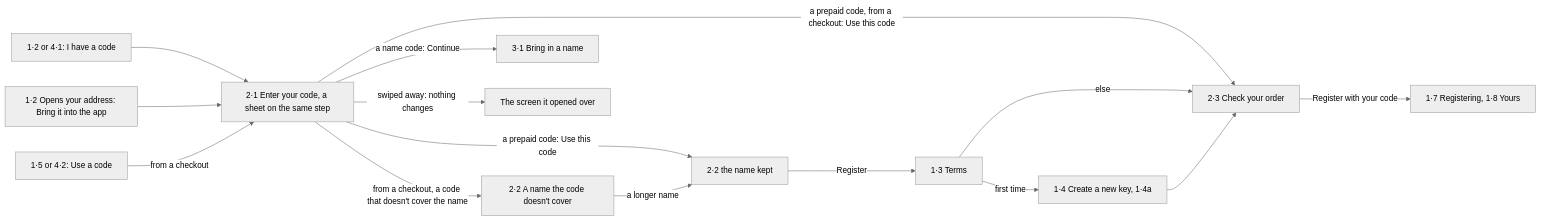
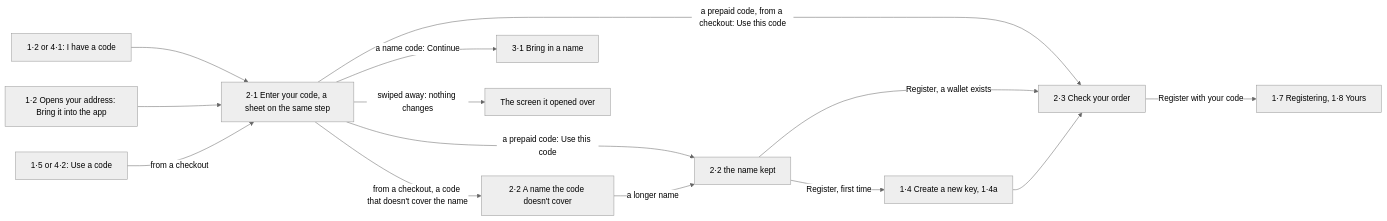
Before and after one commit to simplex-chat/simplex-chat: the eighth of 12 diagrams in plans/2026-10-30-names-in-app-purchases.md, drawn with Mermaid (neutral theme). The commit also changed other lines of this file, not shown here.

Commit message:
docs: names plan puts the terms tick on the checkout, as agreed

````diff
--- a/plans/2026-10-30-names-in-app-purchases.md
+++ b/plans/2026-10-30-names-in-app-purchases.md
@@ -949,17 +948,16 @@
 ```mermaid
 flowchart LR
   search["1·2 or 4·1: I have a code"] --> sheet["2·1 Enter your code, a sheet on the same step"]
   opens["1·2 Opens your address: Bring it into the app"] --> sheet
   order["1·5 or 4·2: Use a code"] -->|"from a checkout"| sheet
   sheet -->|"a prepaid code: Use this code"| named["2·2 the name kept"]
   sheet -->|"a prepaid code, from a checkout: Use this code"| check["2·3 Check your order"]
   sheet -->|"from a checkout, a code that doesn't cover the name"| short["2·2 A name the code doesn't cover"]
   sheet -->|"a name code: Continue"| bring["3·1 Bring in a name"]
   sheet -->|"swiped away: nothing changes"| back["The screen it opened over"]
   short -->|"a longer name"| named
-  named -->|Register| terms["1·3 Terms"]
-  terms -->|"first time"| key["1·4 Create a new key, 1·4a"]
-  terms -->|else| check
+  named -->|"Register, first time"| key["1·4 Create a new key, 1·4a"]
+  named -->|"Register, a wallet exists"| check
   key --> check
   check -->|"Register with your code"| registering["1·7 Registering, 1·8 Yours"]
 ```
````
